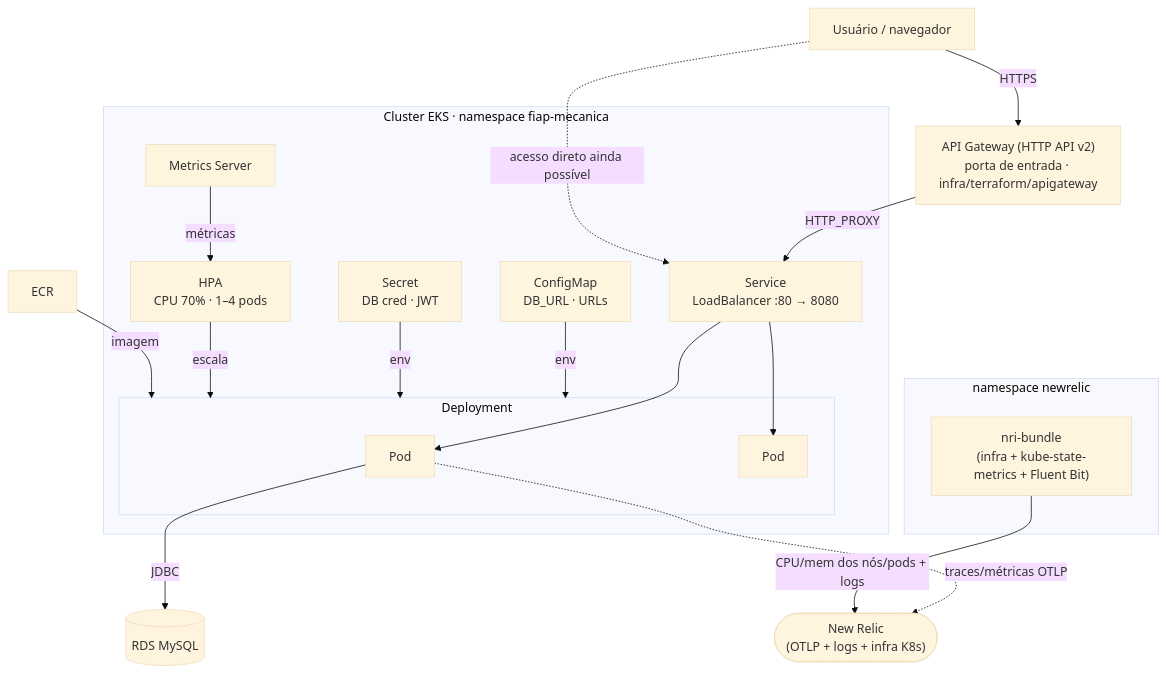
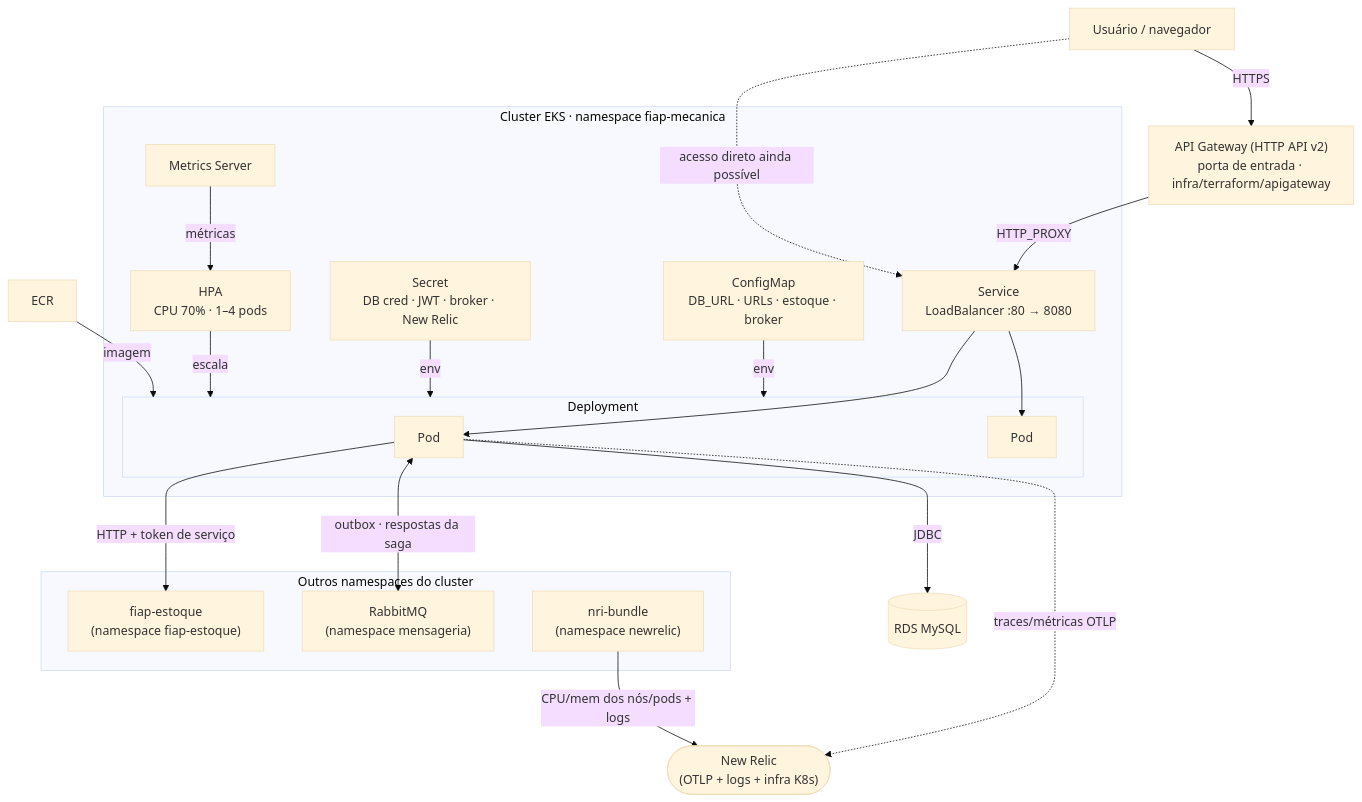
One commit to ArthurPeruzzo/fiap-mecanica changed the diagram in k8s/README.md. Above: the diagram before and after it, drawn with Mermaid (base theme). The commit also changed other lines of this file and 9 other files, not shown here.

````diff
--- a/k8s/README.md
+++ b/k8s/README.md
@@ -7,36 +7,40 @@
 ```mermaid
 graph TB
     User["Usuário / navegador"]
     APIGW["API Gateway (HTTP API v2)<br/>porta de entrada · infra/terraform/apigateway"]
 
     subgraph NS["Cluster EKS · namespace fiap-mecanica"]
         SVC["Service<br/>LoadBalancer :80 → 8080"]
         subgraph DEP["Deployment"]
             P1["Pod"]
             P2["Pod"]
         end
         HPA["HPA<br/>CPU 70% · 1–4 pods"]
-        CM["ConfigMap<br/>DB_URL · URLs"]
-        SEC["Secret<br/>DB cred · JWT"]
+        CM["ConfigMap<br/>DB_URL · URLs · estoque · broker"]
+        SEC["Secret<br/>DB cred · JWT · broker · New Relic"]
         MS["Metrics Server"]
     end
 
-    subgraph NR["namespace newrelic"]
-        NRB["nri-bundle<br/>(infra + kube-state-metrics + Fluent Bit)"]
+    subgraph OUT["Outros namespaces do cluster"]
+        EST["fiap-estoque<br/>(namespace fiap-estoque)"]
+        MQ["RabbitMQ<br/>(namespace mensageria)"]
+        NRB["nri-bundle<br/>(namespace newrelic)"]
     end
 
     ECR["ECR"]
     RDS[("RDS MySQL")]
     NEWRELIC(["New Relic<br/>(OTLP + logs + infra K8s)"])
 
     User -->|HTTPS| APIGW -->|HTTP_PROXY| SVC --> P1 & P2
     User -.->|acesso direto ainda possível| SVC
     CM -->|env| DEP
     SEC -->|env| DEP
     MS -->|métricas| HPA
     HPA -->|escala| DEP
     ECR -->|imagem| DEP
     P1 -->|JDBC| RDS
+    P1 -->|"HTTP + token de serviço"| EST
+    P1 <-->|"outbox · respostas da saga"| MQ
     P1 -.->|traces/métricas OTLP| NEWRELIC
     NRB -->|CPU/mem dos nós/pods + logs| NEWRELIC
 ```
````
